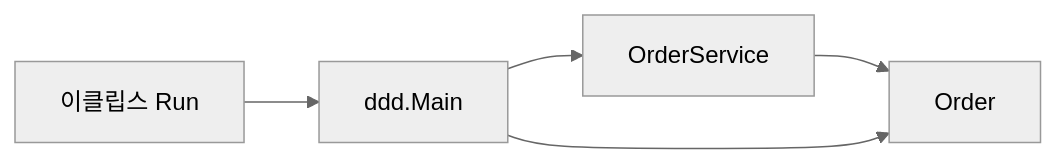
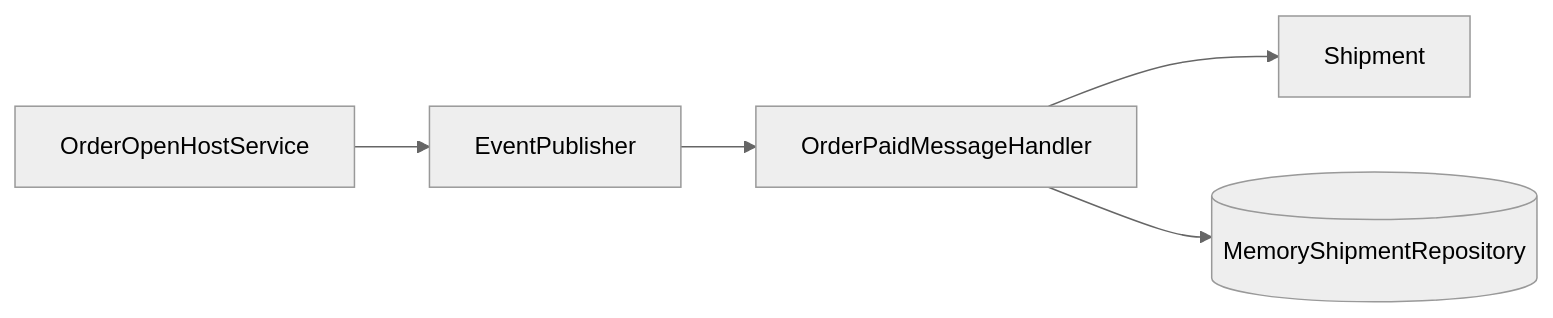
One commit to busan-bank-2026/ddd-example changed the seventh of 8 diagrams in .projectcode/wiki/scenarios.md. Above: the diagram before and after it, drawn with Mermaid (neutral theme). The commit also changed other lines of this file and 6 other files, not shown here.

````diff
--- a/.projectcode/wiki/scenarios.md
+++ b/.projectcode/wiki/scenarios.md
@@ -5,7 +145,7 @@
 ```mermaid
 flowchart LR
-  A[이클립스 Run] --> B[ddd.Main]
-  B --> C[OrderService]
-  C --> D[Order]
-  B --> D
+  A[OrderOpenHostService] --> B[EventPublisher]
+  B --> C[OrderPaidMessageHandler]
+  C --> D[Shipment]
+  C --> E[(MemoryShipmentRepository)]
 ```
````
